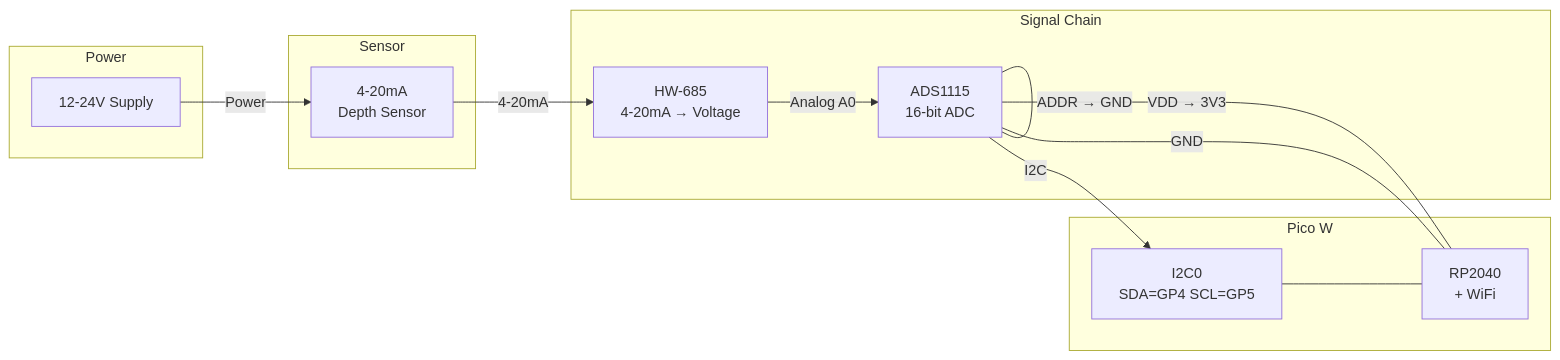
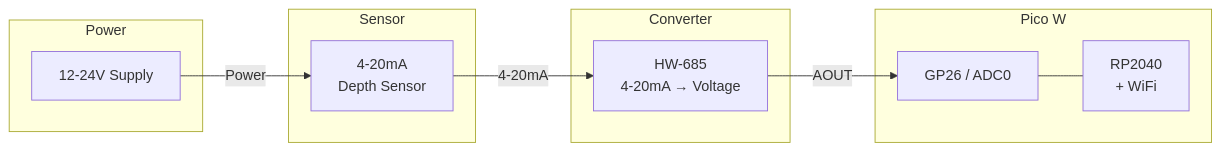
One commit to bosmun0224/cistern changed the diagram in README.md. Above: the diagram before and after it, drawn with Mermaid. The commit also changed other lines of this file and 2 other files, not shown here.

Commit message:
Refactor sensor and main application to remove ADS1115 dependency and streamline depth reading from HW-685

````diff
--- a/README.md
+++ b/README.md
@@ -16,29 +16,24 @@
 ```mermaid
 graph LR
     subgraph Power
         PS[12-24V Supply]
     end
 
     subgraph Sensor
         DS[4-20mA<br>Depth Sensor]
     end
 
-    subgraph Signal Chain
+    subgraph Converter
         HW[HW-685<br>4-20mA → Voltage]
-        ADC[ADS1115<br>16-bit ADC]
     end
 
     subgraph Pico W
-        I2C[I2C0<br>SDA=GP4 SCL=GP5]
+        ADC0[GP26 / ADC0]
         MCU[RP2040<br>+ WiFi]
     end
 
     PS -->|Power| DS
     DS -->|4-20mA| HW
-    HW -->|Analog A0| ADC
-    ADC -->|I2C| I2C
-    I2C --- MCU
-    ADC ---|VDD → 3V3| MCU
-    ADC ---|GND| MCU
-    ADC ---|ADDR → GND| ADC
+    HW -->|AOUT| ADC0
+    ADC0 --- MCU
 ```
````
